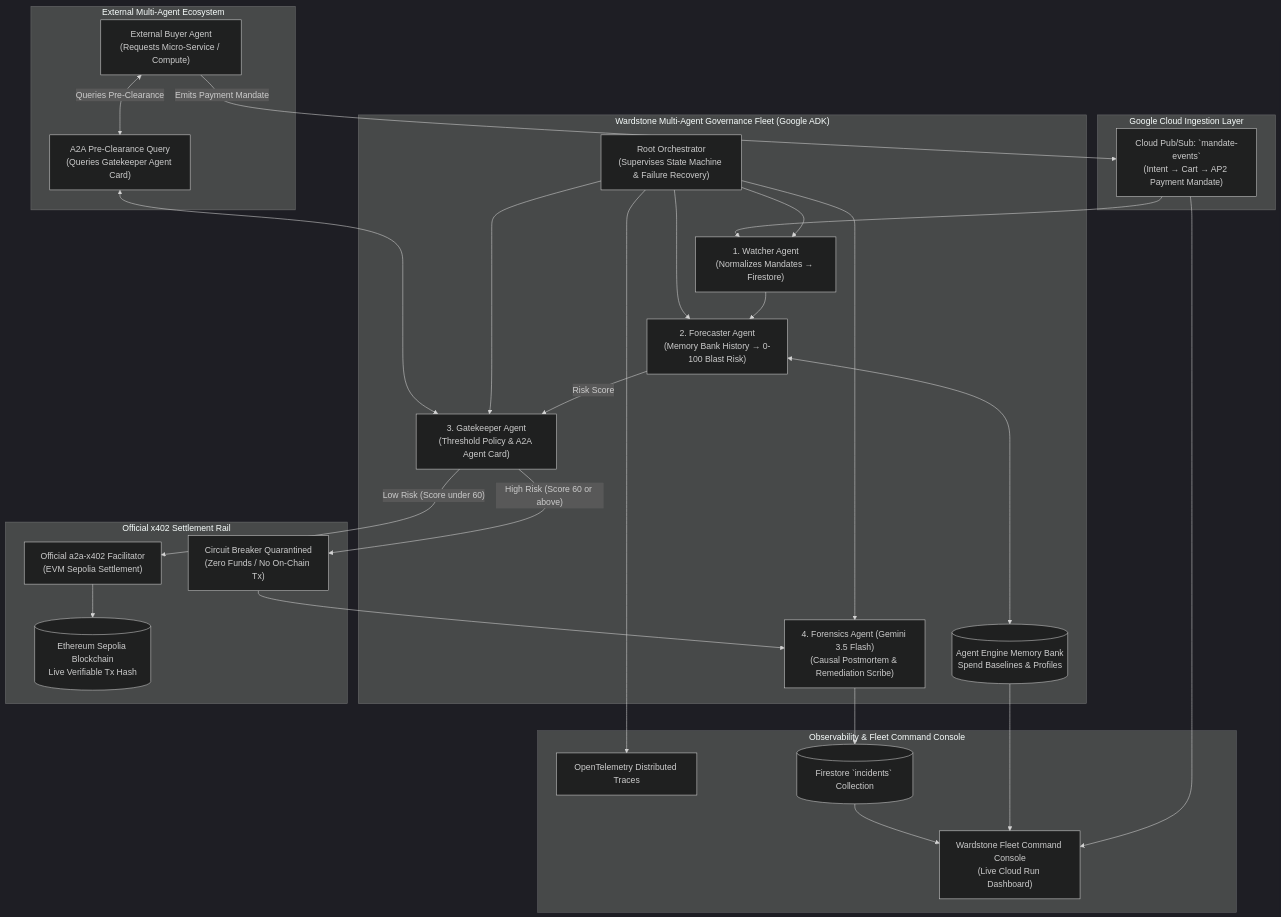
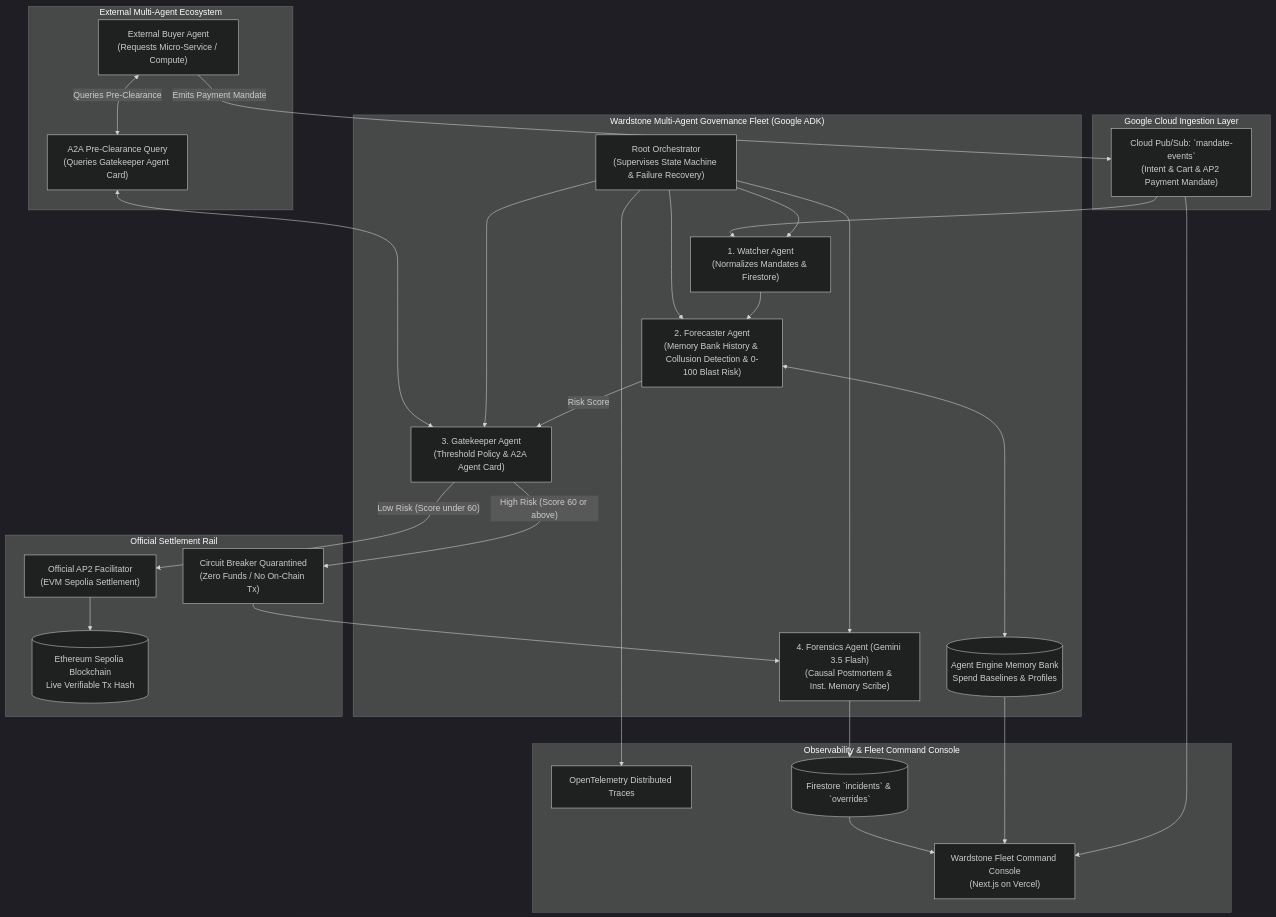
The diagram in README.md (AmanM006/wardstone), drawn with Mermaid (dark theme) before and after one commit. The commit also changed other lines of this file, not shown here.

Commit message:
Update README: Comprehensive feature list, Vercel frontend, and remove intel links

````diff
--- a/README.md
+++ b/README.md
@@ -45,59 +27,59 @@
 ```mermaid
 graph TD
     subgraph "External Multi-Agent Ecosystem"
         EXT["External Buyer Agent<br/>(Requests Micro-Service / Compute)"]
         AC_EXT["A2A Pre-Clearance Query<br/>(Queries Gatekeeper Agent Card)"]
     end
 
     subgraph "Google Cloud Ingestion Layer"
-        PS["Cloud Pub/Sub: `mandate-events`<br/>(Intent → Cart → AP2 Payment Mandate)"]
+        PS["Cloud Pub/Sub: `mandate-events`<br/>(Intent & Cart & AP2 Payment Mandate)"]
     end
 
     subgraph "Wardstone Multi-Agent Governance Fleet (Google ADK)"
         ORCH["Root Orchestrator<br/>(Supervises State Machine & Failure Recovery)"]
         
-        WATCH["1. Watcher Agent<br/>(Normalizes Mandates → Firestore)"]
-        FORE["2. Forecaster Agent<br/>(Memory Bank History → 0-100 Blast Risk)"]
+        WATCH["1. Watcher Agent<br/>(Normalizes Mandates & Firestore)"]
+        FORE["2. Forecaster Agent<br/>(Memory Bank History & Collusion Detection & 0-100 Blast Risk)"]
         GATE["3. Gatekeeper Agent<br/>(Threshold Policy & A2A Agent Card)"]
-        FOREN["4. Forensics Agent (Gemini 3.5 Flash)<br/>(Causal Postmortem & Remediation Scribe)"]
+        FOREN["4. Forensics Agent (Gemini 3.5 Flash)<br/>(Causal Postmortem & Inst. Memory Scribe)"]
         
         MB[("Agent Engine Memory Bank<br/>Spend Baselines & Profiles")]
     end
 
-    subgraph "Official x402 Settlement Rail"
-        X402["Official a2a-x402 Facilitator<br/>(EVM Sepolia Settlement)"]
+    subgraph "Official Settlement Rail"
+        X402["Official AP2 Facilitator<br/>(EVM Sepolia Settlement)"]
         TX[("Ethereum Sepolia Blockchain<br/>Live Verifiable Tx Hash")]
         BLOCK["Circuit Breaker Quarantined<br/>(Zero Funds / No On-Chain Tx)"]
     end
 
     subgraph "Observability & Fleet Command Console"
         OTEL["OpenTelemetry Distributed Traces"]
-        DASH["Wardstone Fleet Command Console<br/>(Live Cloud Run Dashboard)"]
-        INC[("Firestore `incidents` Collection")]
+        DASH["Wardstone Fleet Command Console<br/>(Next.js on Vercel)"]
+        INC[("Firestore `incidents` & `overrides`")]
     end
 
     EXT -->|"Emits Payment Mandate"| PS
     EXT <-->|"Queries Pre-Clearance"| AC_EXT
     AC_EXT <--> GATE
 
     PS --> WATCH
     ORCH --> WATCH
     ORCH --> FORE
     ORCH --> GATE
     ORCH --> FOREN
 
     WATCH --> FORE
     FORE <--> MB
     FORE -->|"Risk Score"| GATE
 
     GATE -->|"Low Risk (Score under 60)"| X402
     X402 --> TX
     GATE -->|"High Risk (Score 60 or above)"| BLOCK
     BLOCK --> FOREN
     FOREN --> INC
 
     ORCH --> OTEL
     INC --> DASH
     MB --> DASH
     PS --> DASH
 ```
````
